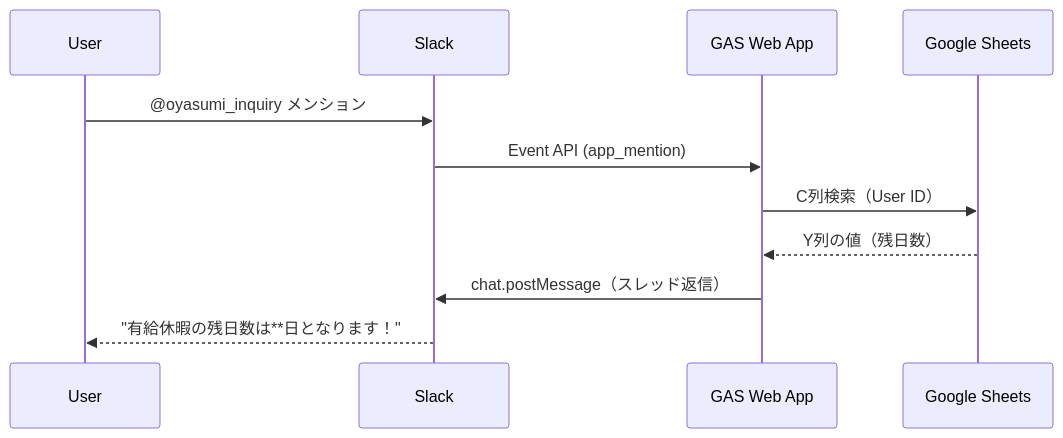
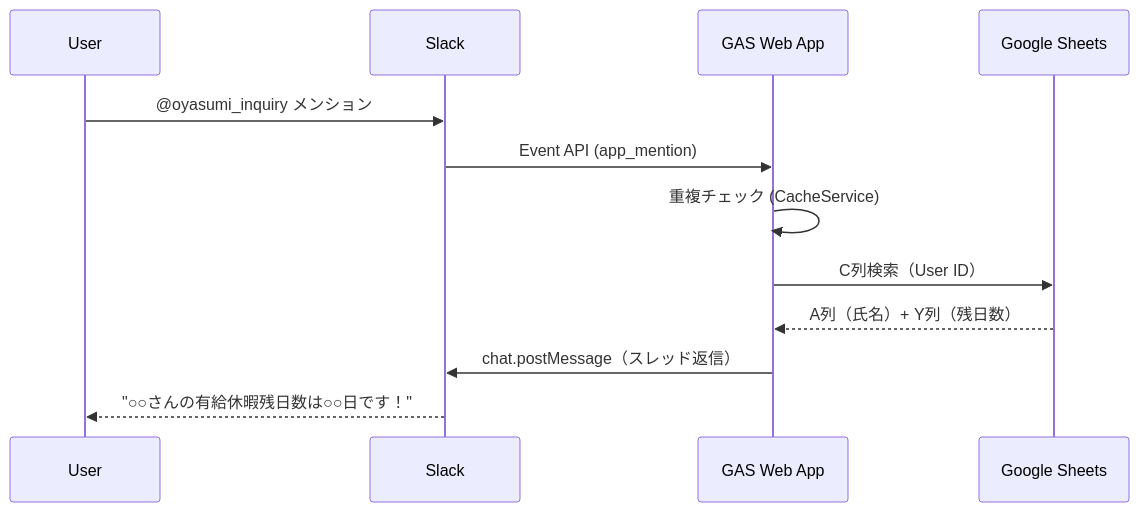
Before and after one commit to kmaaaaaa/Paidleave_inquiry: the diagram in README.md, drawn with Mermaid. The commit also changed other lines of this file and 2 other files, not shown here.

````diff
--- a/README.md
+++ b/README.md
@@ -7,14 +14,15 @@
 ```mermaid
 sequenceDiagram
     participant U as User
     participant S as Slack
     participant G as GAS Web App
     participant SS as Google Sheets
 
     U->>S: @oyasumi_inquiry メンション
     S->>G: Event API (app_mention)
+    G->>G: 重複チェック (CacheService)
     G->>SS: C列検索（User ID）
-    SS-->>G: Y列の値（残日数）
+    SS-->>G: A列（氏名）+ Y列（残日数）
     G->>S: chat.postMessage（スレッド返信）
-    S-->>U: "有給休暇の残日数は**日となります！"
+    S-->>U: "○○さんの有給休暇残日数は○○日です！"
 ```
````
